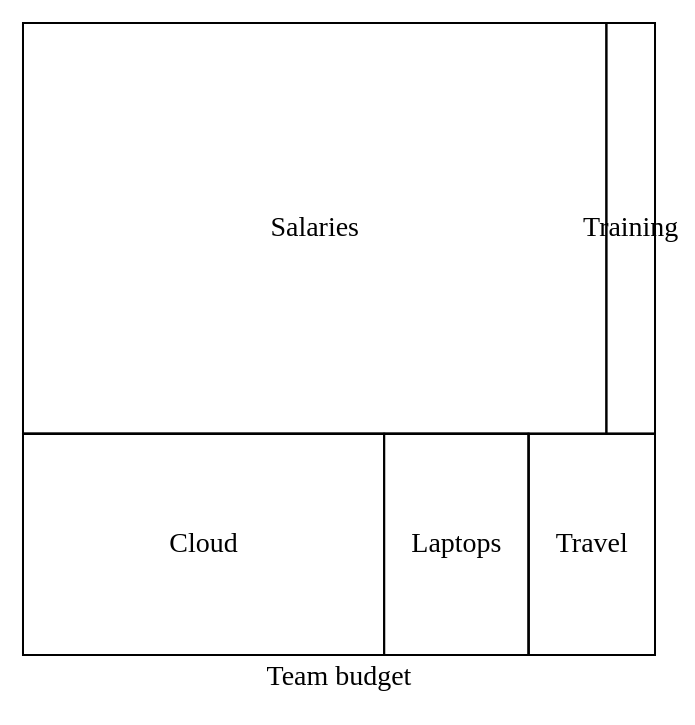
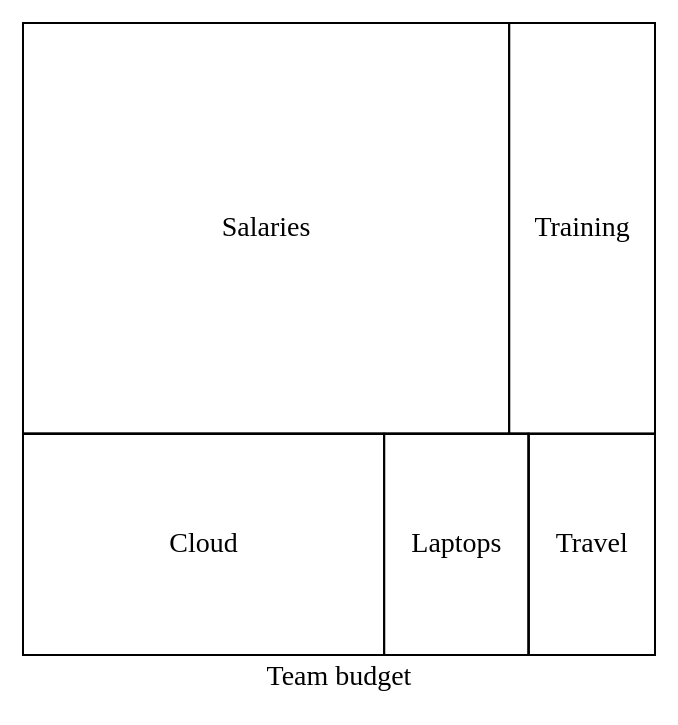
Before and after one commit to xability/maidr: the fourth of 4 diagrams in docs/graphviz.md, drawn with Graphviz. The commit also changed other lines of this file and 8 other files, not shown here.

First line of the commit message:
docs: correct the layer, help and patchwork keys and readings on the diagram pages (#1446)

````diff
--- a/docs/graphviz.md
+++ b/docs/graphviz.md
@@ -156,15 +156,15 @@
 ```dot
 graph Budget {
   label="Team budget";
   layout=patchwork;
   subgraph cluster_people {
-    salaries [label="Salaries", area=60];
-    training [label="Training", area=5];
+    salaries [label="Salaries", area=50];
+    training [label="Training", area=15];
   }
   subgraph cluster_infrastructure {
     cloud [label="Cloud", area=20];
     laptops [label="Laptops", area=8];
   }
   travel [label="Travel", area=7];
 }
 ```
````
